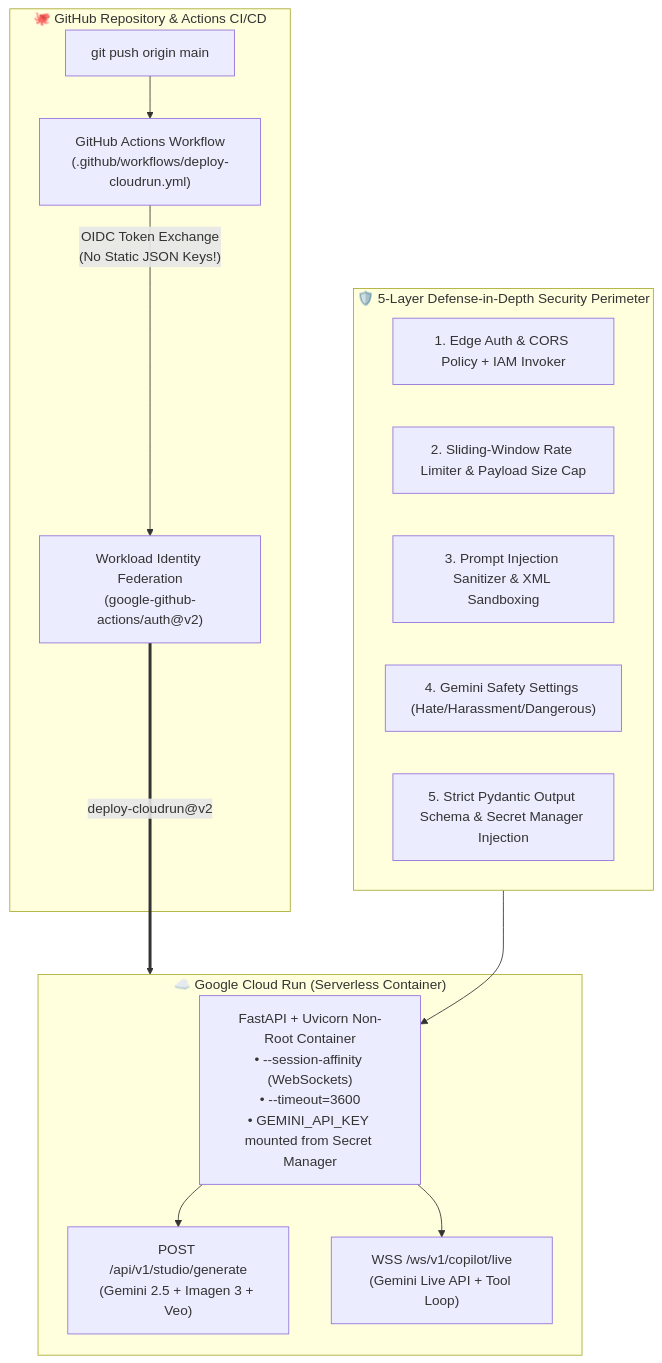
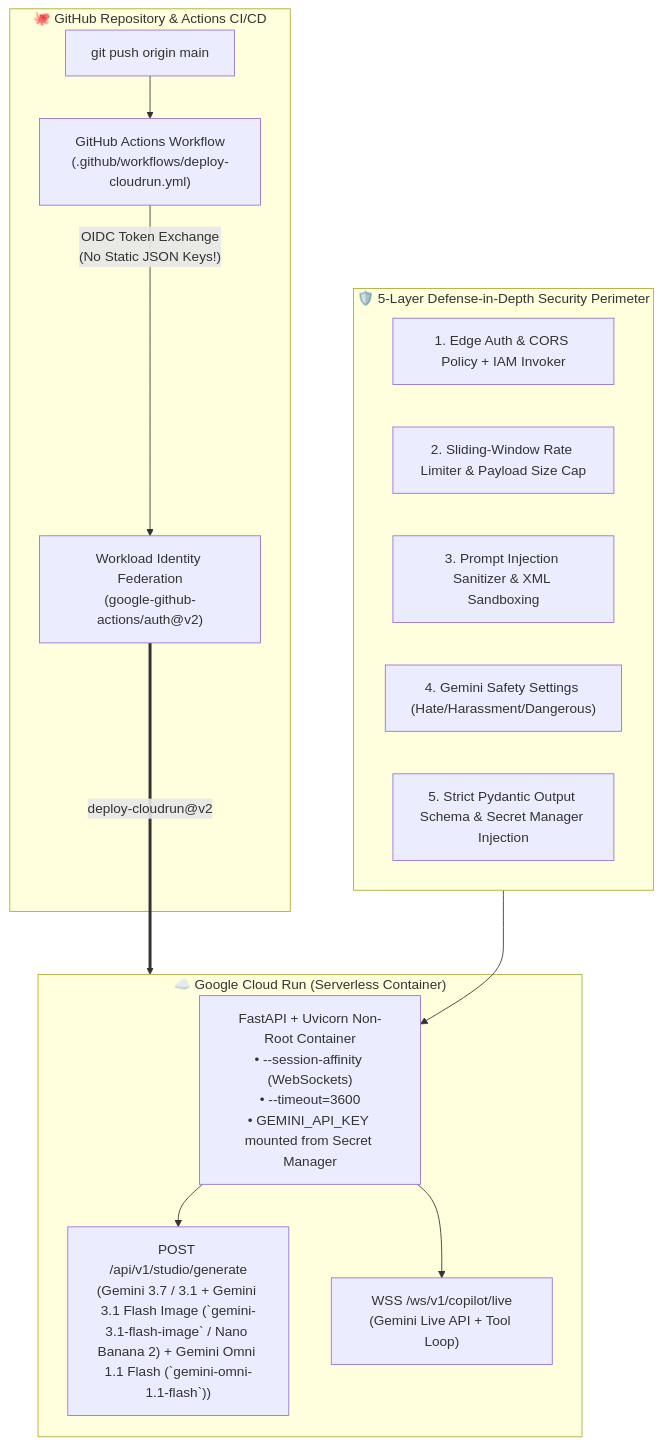
Before and after one commit to AllInVaders/aistudio-full-course: the diagram in en/module-04-deploy-github-cloudrun-security/README.md, drawn with Mermaid. The commit also changed other lines of this file and 30 other files, not shown here.

Commit message:
feat: upgrade all models across curriculum, labs, portal & notebooks to Sep 2026 lineup (Gemini 3.7 Flash, 3.1 Pro, Gemini 3.1 Flash Image / Nano Banana 2, Gemini Omni 1.1 Flash Video, Gemini 3.8 Live)

````diff
--- a/en/module-04-deploy-github-cloudrun-security/README.md
+++ b/en/module-04-deploy-github-cloudrun-security/README.md
@@ -29,26 +29,26 @@
 ```mermaid
 flowchart TB
     subgraph GitHub["🐙 GitHub Repository & Actions CI/CD"]
         Push["git push origin main"] --> Workflow["GitHub Actions Workflow\n(.github/workflows/deploy-cloudrun.yml)"]
         Workflow -->|"OIDC Token Exchange\n(No Static JSON Keys!)"| WIF["Workload Identity Federation\n(google-github-actions/auth@v2)"]
     end
 
     subgraph SecurityLayer["🛡️ 5-Layer Defense-in-Depth Security Perimeter"]
         L1["1. Edge Auth & CORS Policy + IAM Invoker"]
         L2["2. Sliding-Window Rate Limiter & Payload Size Cap"]
         L3["3. Prompt Injection Sanitizer & XML Sandboxing"]
         L4["4. Gemini Safety Settings (Hate/Harassment/Dangerous)"]
         L5["5. Strict Pydantic Output Schema & Secret Manager Injection"]
     end
 
     subgraph CloudRun["☁️ Google Cloud Run (Serverless Container)"]
         Container["FastAPI + Uvicorn Non-Root Container\n• --session-affinity (WebSockets)\n• --timeout=3600\n• GEMINI_API_KEY mounted from Secret Manager"]
-        Stage1["POST /api/v1/studio/generate\n(Gemini 2.5 + Imagen 3 + Veo)"]
+        Stage1["POST /api/v1/studio/generate\n(Gemini 3.7 / 3.1 + Gemini 3.1 Flash Image (`gemini-3.1-flash-image` / Nano Banana 2) + Gemini Omni 1.1 Flash (`gemini-omni-1.1-flash`))"]
         Stage2["WSS /ws/v1/copilot/live\n(Gemini Live API + Tool Loop)"]
     end
 
     WIF ==>|"deploy-cloudrun@v2"| CloudRun
     SecurityLayer --> Container
     Container --> Stage1
     Container --> Stage2
 ```
````
